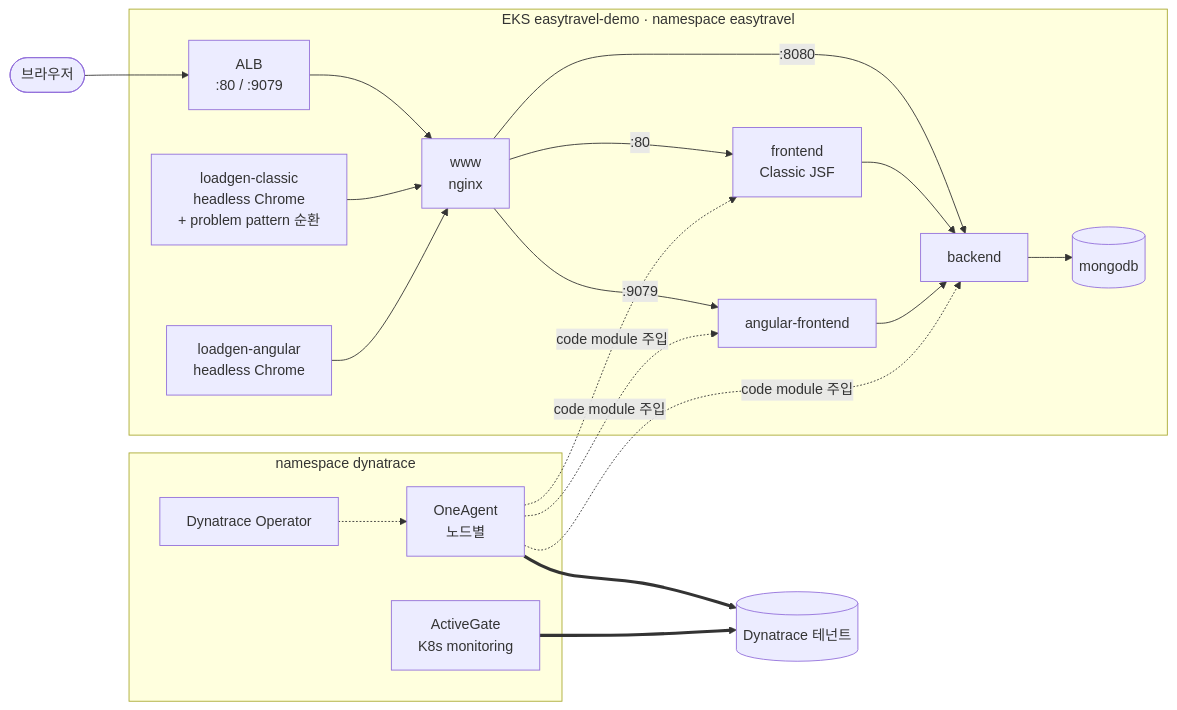
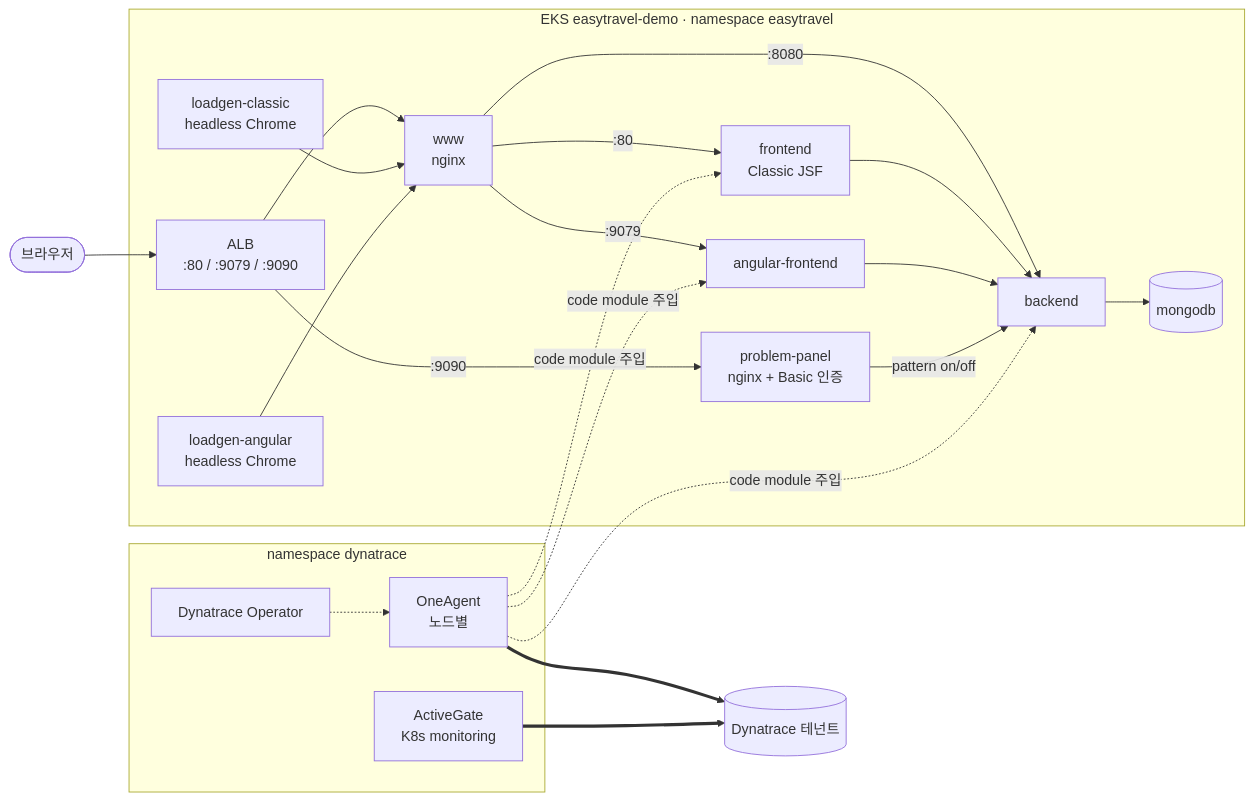
The diagram in README.md (sacredna-dynatrace/easyTravel-K8s), drawn with Mermaid before and after one commit. The commit also changed other lines of this file and 15 other files, not shown here.

First line of the commit message:
Problem pattern control: web panel (:9090) and CLI

````diff
--- a/README.md
+++ b/README.md
@@ -51,21 +52,22 @@
 ```mermaid
 flowchart LR
-  user([브라우저]) --> alb[ALB<br/>:80 / :9079]
+  user([브라우저]) --> alb[ALB<br/>:80 / :9079 / :9090]
   subgraph eks[EKS easytravel-demo · namespace easytravel]
     alb --> www[www<br/>nginx]
     www -->|:80| fe[frontend<br/>Classic JSF]
     www -->|:9079| afe[angular-frontend]
     www -->|:8080| be[backend]
     fe --> be
     afe --> be
     be --> db[(mongodb)]
-    lgc[loadgen-classic<br/>headless Chrome<br/>+ problem pattern 순환] --> www
+    lgc[loadgen-classic<br/>headless Chrome] --> www
     lga[loadgen-angular<br/>headless Chrome] --> www
+    alb -->|:9090| panel[problem-panel<br/>nginx + Basic 인증] -->|pattern on/off| be
   end
   subgraph dt[namespace dynatrace]
     op[Dynatrace Operator] -.-> oa[OneAgent<br/>노드별]
     ag[ActiveGate<br/>K8s monitoring]
   end
   oa -.code module 주입.-> fe & afe & be
   oa & ag ==> tenant[(Dynatrace 테넌트)]
 ```
````
